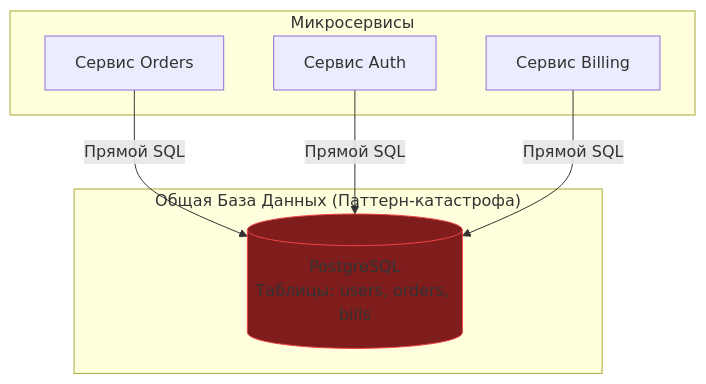
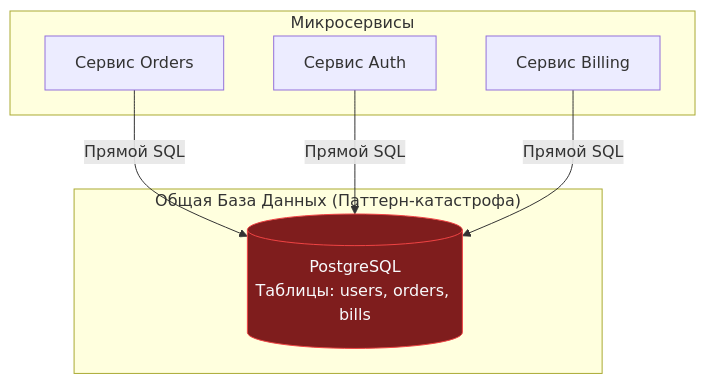
The third of 3 diagrams in sources/14. Распределенные системы на Go/09. Паттерны/7. Anti patterns микросервисов.md (UnrealTemplier/go-textbook), drawn with Mermaid before and after one commit. The commit also changed other lines of this file and 310 other files, not shown here.

First line of the commit message:
fix(mermaid): replace light fill colors with dark palette for readability on dark theme

````diff
--- a/sources/14. Распределенные системы на Go/09. Паттерны/7. Anti patterns микросервисов.md
+++ b/sources/14. Распределенные системы на Go/09. Паттерны/7. Anti patterns микросервисов.md
@@ -96,18 +96,18 @@
 ```mermaid
 flowchart TD
     subgraph Services["Микросервисы"]
         S_Order["Сервис Orders"]
         S_Auth["Сервис Auth"]
         S_Billing["Сервис Billing"]
     end
     
     subgraph SharedStorage["Общая База Данных (Паттерн-катастрофа)"]
         DB[("PostgreSQL<br>Таблицы: users, orders, bills")]
     end
     
     S_Order -->|Прямой SQL| DB
     S_Auth -->|Прямой SQL| DB
     S_Billing -->|Прямой SQL| DB
     
-    style DB fill:#7f1d1d,stroke:#ef4444
+    style DB fill:#7f1d1d,stroke:#ef4444,color:#f8fafc
 ```
````
